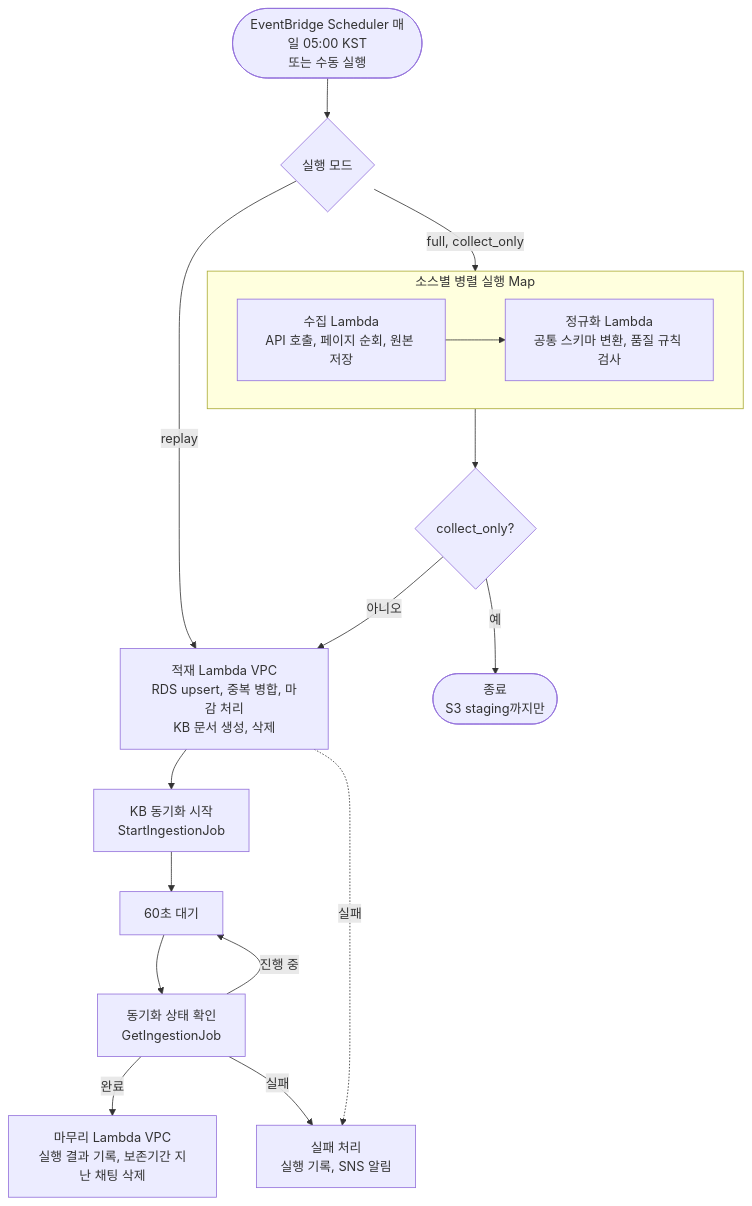
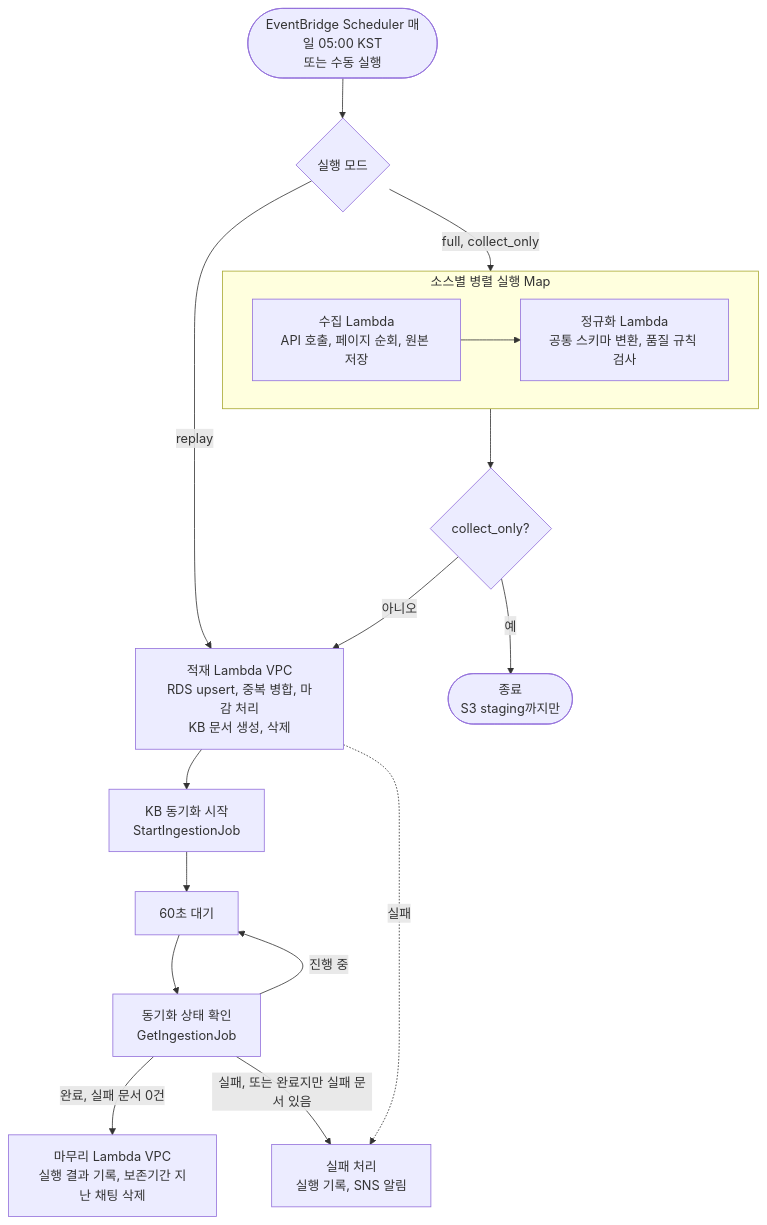
One commit to soyeun0327/fitjob changed the fourth of 6 diagrams in docs/02-architecture.md. Above: the diagram before and after it, drawn with Mermaid. The commit also changed other lines of this file and 16 other files, not shown here.

````diff
--- a/docs/02-architecture.md
+++ b/docs/02-architecture.md
@@ -165,20 +167,20 @@
 ```mermaid
 flowchart TD
     start(["EventBridge Scheduler 매일 05:00 KST<br/>또는 수동 실행"]) --> mode{"실행 모드"}
     mode -->|"full, collect_only"| map
     mode -->|"replay"| l
     subgraph map["소스별 병렬 실행 Map"]
         c["수집 Lambda<br/>API 호출, 페이지 순회, 원본 저장"] --> n["정규화 Lambda<br/>공통 스키마 변환, 품질 규칙 검사"]
     end
     map --> next{"collect_only?"}
     next -->|"예"| done(["종료<br/>S3 staging까지만"])
     next -->|"아니오"| l["적재 Lambda VPC<br/>RDS upsert, 중복 병합, 마감 처리<br/>KB 문서 생성, 삭제"]
     l --> s["KB 동기화 시작<br/>StartIngestionJob"]
     s --> w["60초 대기"]
     w --> g["동기화 상태 확인<br/>GetIngestionJob"]
     g -->|"진행 중"| w
-    g -->|"완료"| f["마무리 Lambda VPC<br/>실행 결과 기록, 보존기간 지난 채팅 삭제"]
-    g -->|"실패"| fail
+    g -->|"완료, 실패 문서 0건"| f["마무리 Lambda VPC<br/>실행 결과 기록, 보존기간 지난 채팅 삭제"]
+    g -->|"실패, 또는 완료지만 실패 문서 있음"| fail
     l -.->|"실패"| fail
     fail["실패 처리<br/>실행 기록, SNS 알림"]
 ```
````
